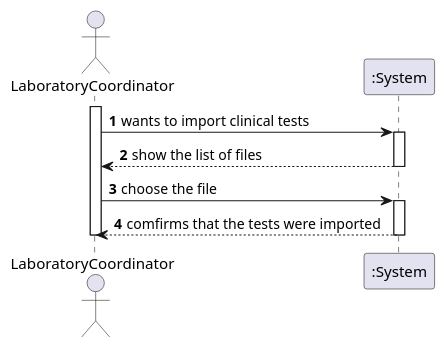
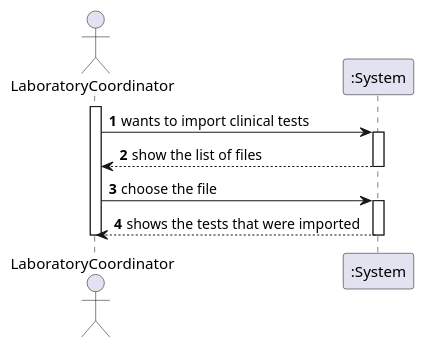
The diagram in docs/SprintD/US17/US17_SSD.puml (MarianaCLages/LAPR2), drawn with PlantUML before and after one commit. The commit also changed 4 other files, not shown here.

```diff
--- a/docs/SprintD/US17/US17_SSD.puml
+++ b/docs/SprintD/US17/US17_SSD.puml
@@ -1,17 +1,17 @@
 @startuml
 
 autonumber
 actor LaboratoryCoordinator as C
 participant ":System" as S
 activate C
 C -> S: wants to import clinical tests
 activate S
 S --> C:show the list of files
 deactivate S
 C -> S:choose the file
 activate S
-S --> C: comfirms that the tests were imported
+S --> C: shows the tests that were imported
 deactivate S
 
 deactivate C
 @enduml
```
